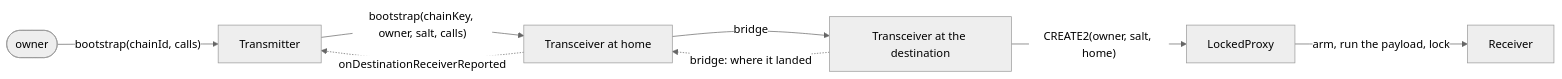
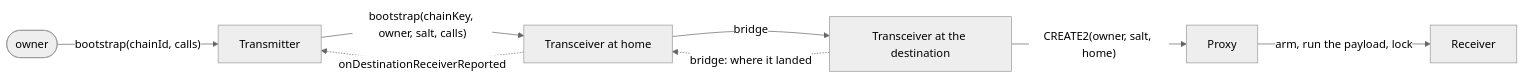
Before and after one commit to crossecute/protocol: the fourth of 4 diagrams in docs/message-flow.md, drawn with Mermaid (neutral theme). The commit also changed other lines of this file and 89 other files, not shown here.

First line of the commit message:
refactor: rename LockedProxy to Proxy

````diff
--- a/docs/message-flow.md
+++ b/docs/message-flow.md
@@ -110,10 +110,10 @@
 ```mermaid
 flowchart LR
     Owner([owner]) -->|"bootstrap(chainId, calls)"| Tx[Transmitter]
     Tx -->|"bootstrap(chainKey, owner, salt, calls)"| Home[Transceiver at home]
     Home -->|"bridge"| Dest[Transceiver at the destination]
-    Dest -->|"CREATE2(owner, salt, home)"| Proxy[LockedProxy]
+    Dest -->|"CREATE2(owner, salt, home)"| Proxy[Proxy]
     Proxy -->|"arm, run the payload, lock"| Rx[Receiver]
     Dest -.->|"bridge: where it landed"| Home
     Home -.->|"onDestinationReceiverReported"| Tx
 ```
````
